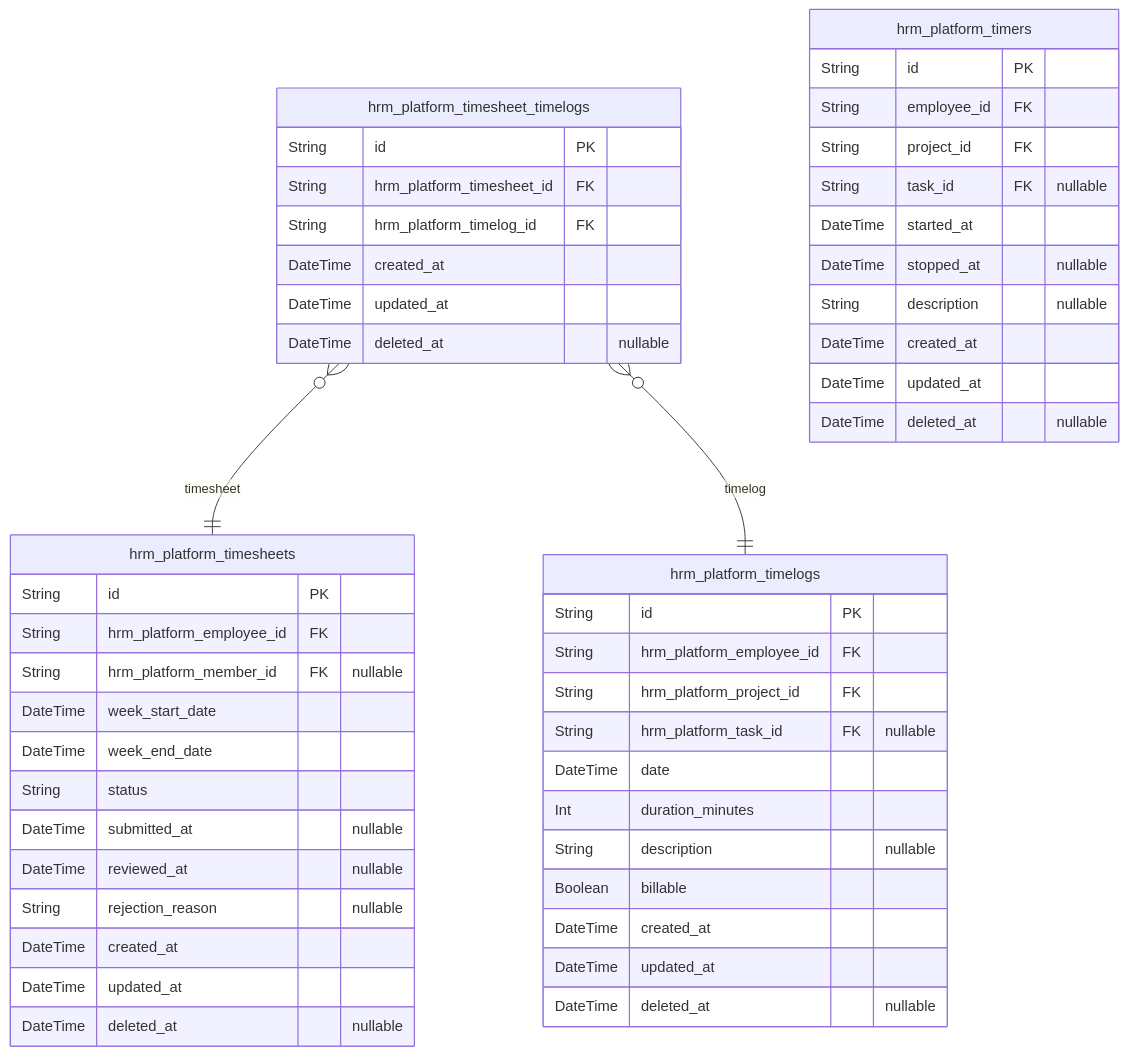
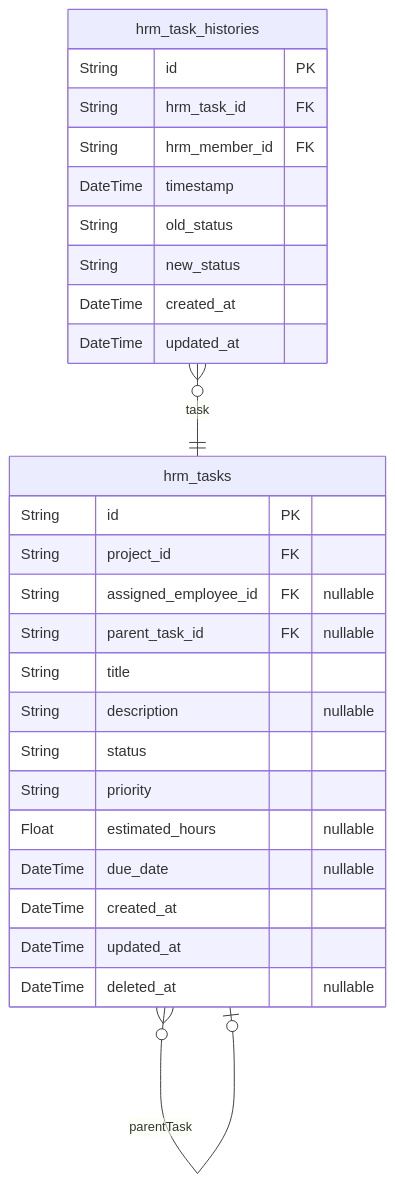
The seventh of 9 diagrams in qwen/qwen3.5-122b-a10b/erp/docs/ERD.md (wrtnlabs/autobe-examples), drawn with Mermaid before and after one commit. The commit also changed other lines of this file and 32093 other files, not shown here.

````diff
--- a/qwen/qwen3.5-122b-a10b/erp/docs/ERD.md
+++ b/qwen/qwen3.5-122b-a10b/erp/docs/ERD.md
@@ -833,52 +1624,30 @@
 ```mermaid
 erDiagram
-"hrm_platform_timelogs" {
+"hrm_tasks" {
   String id PK
-  String hrm_platform_employee_id FK
-  String hrm_platform_project_id FK
-  String hrm_platform_task_id FK "nullable"
-  DateTime date
-  Int duration_minutes
+  String project_id FK
+  String assigned_employee_id FK "nullable"
+  String parent_task_id FK "nullable"
+  String title
   String description "nullable"
-  Boolean billable
+  String status
+  String priority
+  Float estimated_hours "nullable"
+  DateTime due_date "nullable"
   DateTime created_at
   DateTime updated_at
   DateTime deleted_at "nullable"
 }
-"hrm_platform_timesheets" {
+"hrm_task_histories" {
   String id PK
-  String hrm_platform_employee_id FK
-  String hrm_platform_member_id FK "nullable"
-  DateTime week_start_date
-  DateTime week_end_date
-  String status
-  DateTime submitted_at "nullable"
-  DateTime reviewed_at "nullable"
-  String rejection_reason "nullable"
+  String hrm_task_id FK
+  String hrm_member_id FK
+  DateTime timestamp
+  String old_status
+  String new_status
   DateTime created_at
   DateTime updated_at
-  DateTime deleted_at "nullable"
 }
-"hrm_platform_timesheet_timelogs" {
-  String id PK
-  String hrm_platform_timesheet_id FK
-  String hrm_platform_timelog_id FK
-  DateTime created_at
-  DateTime updated_at
-  DateTime deleted_at "nullable"
-}
-"hrm_platform_timers" {
-  String id PK
-  String employee_id FK
-  String project_id FK
-  String task_id FK "nullable"
-  DateTime started_at
-  DateTime stopped_at "nullable"
-  String description "nullable"
-  DateTime created_at
-  DateTime updated_at
-  DateTime deleted_at "nullable"
-}
-"hrm_platform_timesheet_timelogs" }o--|| "hrm_platform_timesheets" : timesheet
-"hrm_platform_timesheet_timelogs" }o--|| "hrm_platform_timelogs" : timelog
+"hrm_tasks" }o--o| "hrm_tasks" : parentTask
+"hrm_task_histories" }o--|| "hrm_tasks" : task
 ```
````
